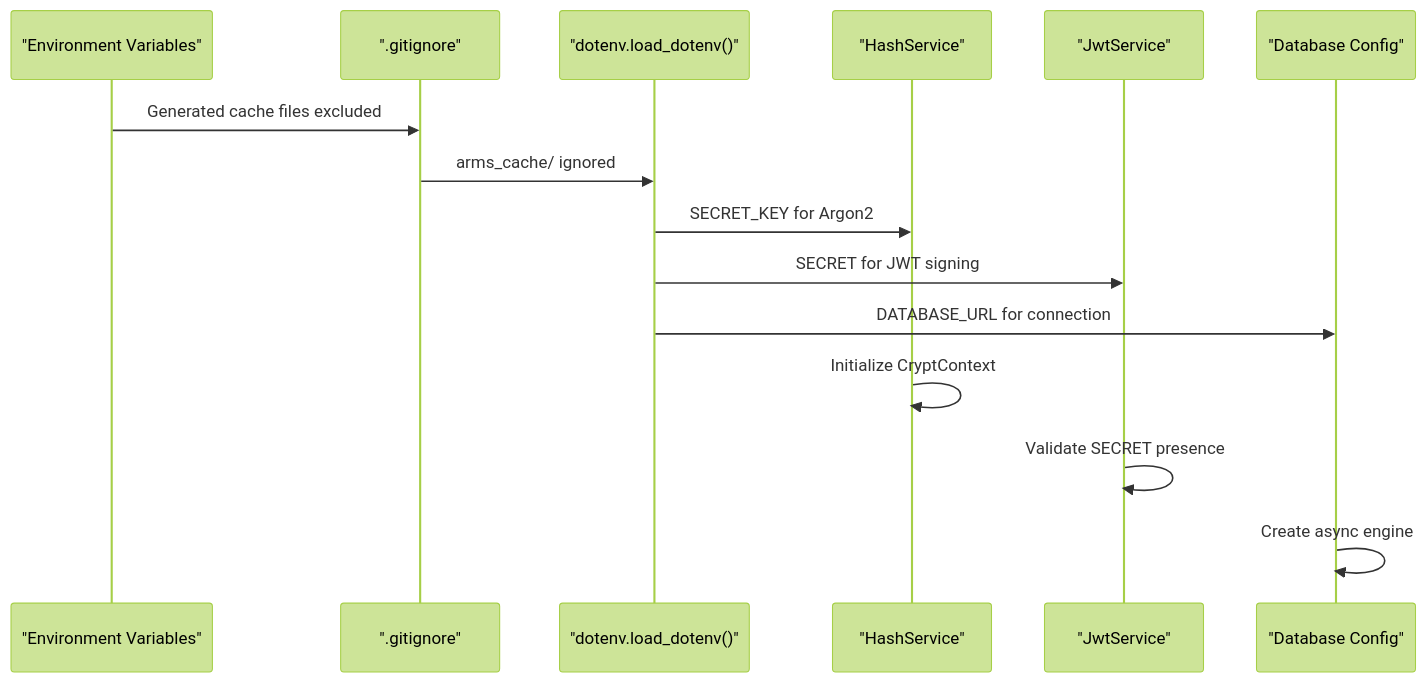
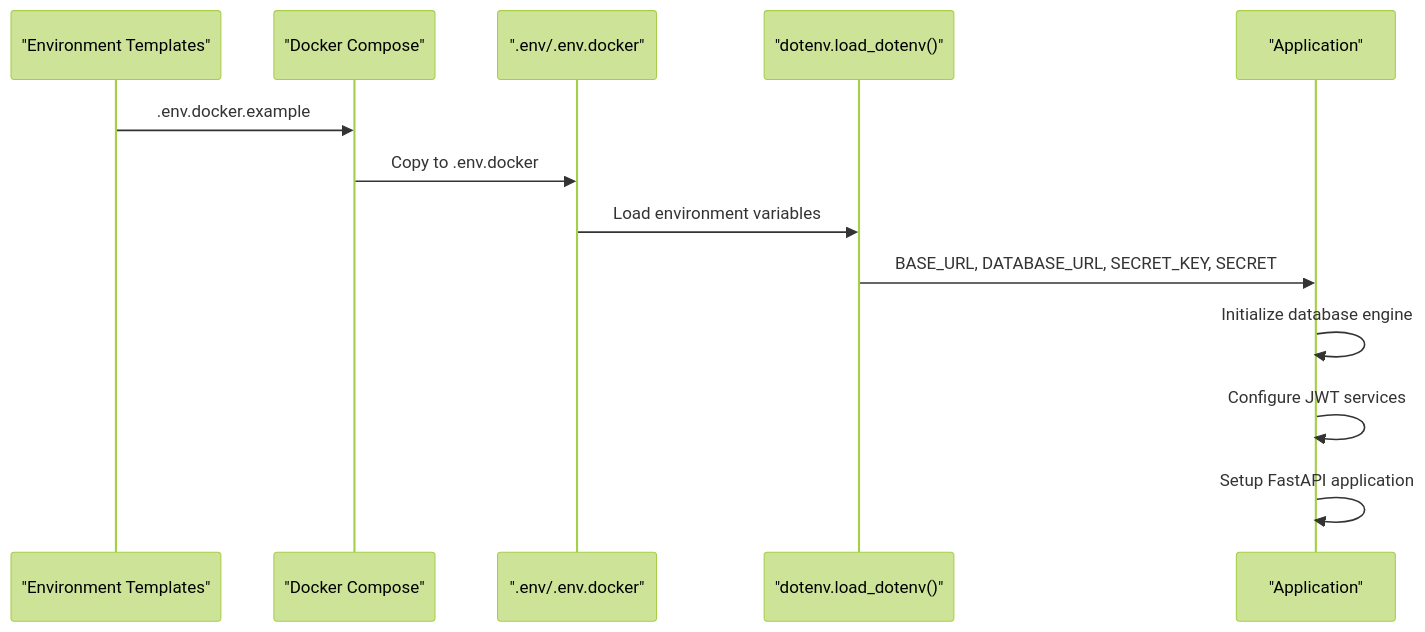
The second of 5 diagrams in .qoder/repowiki/en/content/Core Concepts/Configuration Management.md (srikant-panda/auth-service), drawn with Mermaid (forest theme) before and after one commit. The commit also changed other lines of this file and 6 other files, not shown here.

````diff
--- a/.qoder/repowiki/en/content/Core Concepts/Configuration Management.md
+++ b/.qoder/repowiki/en/content/Core Concepts/Configuration Management.md
@@ -95,17 +113,15 @@
 ```mermaid
 sequenceDiagram
-participant Env as "Environment Variables"
-participant Git as ".gitignore"
+participant Template as "Environment Templates"
+participant Docker as "Docker Compose"
+participant EnvFile as ".env/.env.docker"
 participant Loader as "dotenv.load_dotenv()"
-participant Hash as "HashService"
-participant JWT as "JwtService"
-participant DB as "Database Config"
-Env->>Git : Generated cache files excluded
-Git->>Loader : arms_cache/ ignored
-Loader->>Hash : SECRET_KEY for Argon2
-Loader->>JWT : SECRET for JWT signing
-Loader->>DB : DATABASE_URL for connection
-Hash->>Hash : Initialize CryptContext
-JWT->>JWT : Validate SECRET presence
-DB->>DB : Create async engine
+participant App as "Application"
+Template->>Docker : .env.docker.example
+Docker->>EnvFile : Copy to .env.docker
+EnvFile->>Loader : Load environment variables
+Loader->>App : BASE_URL, DATABASE_URL, SECRET_KEY, SECRET
+App->>App : Initialize database engine
+App->>App : Configure JWT services
+App->>App : Setup FastAPI application
 ```
````
